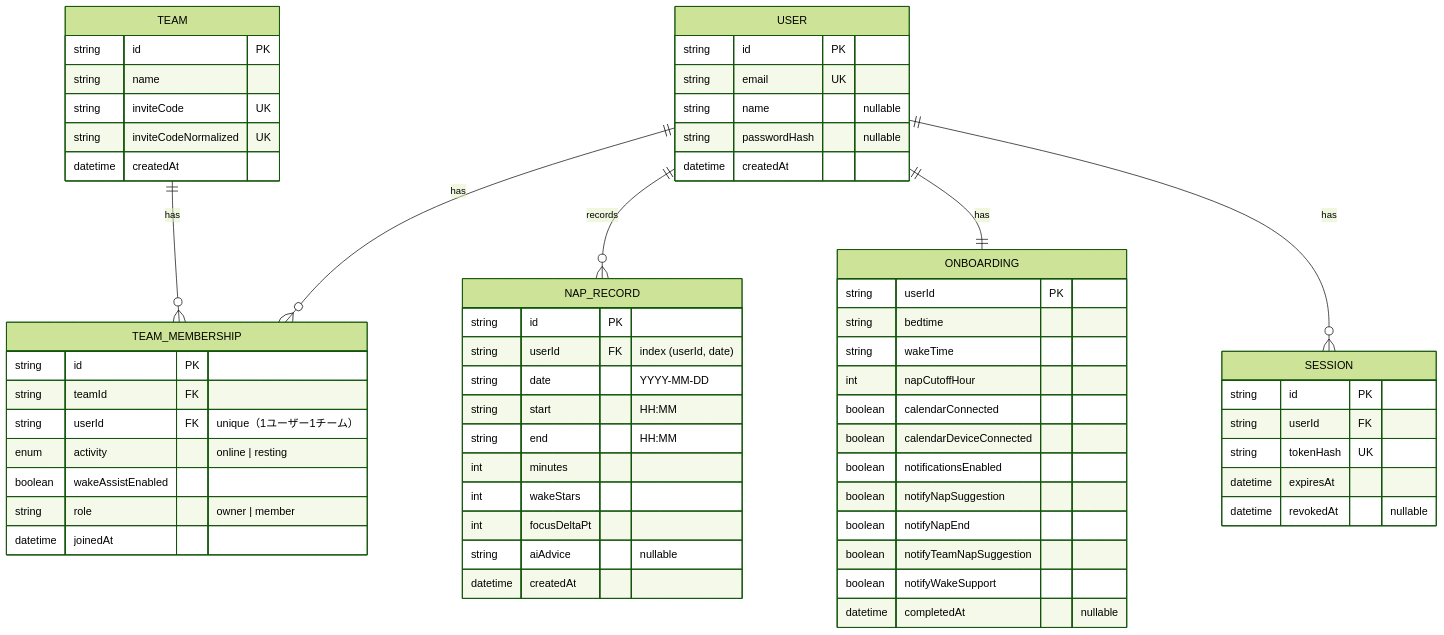
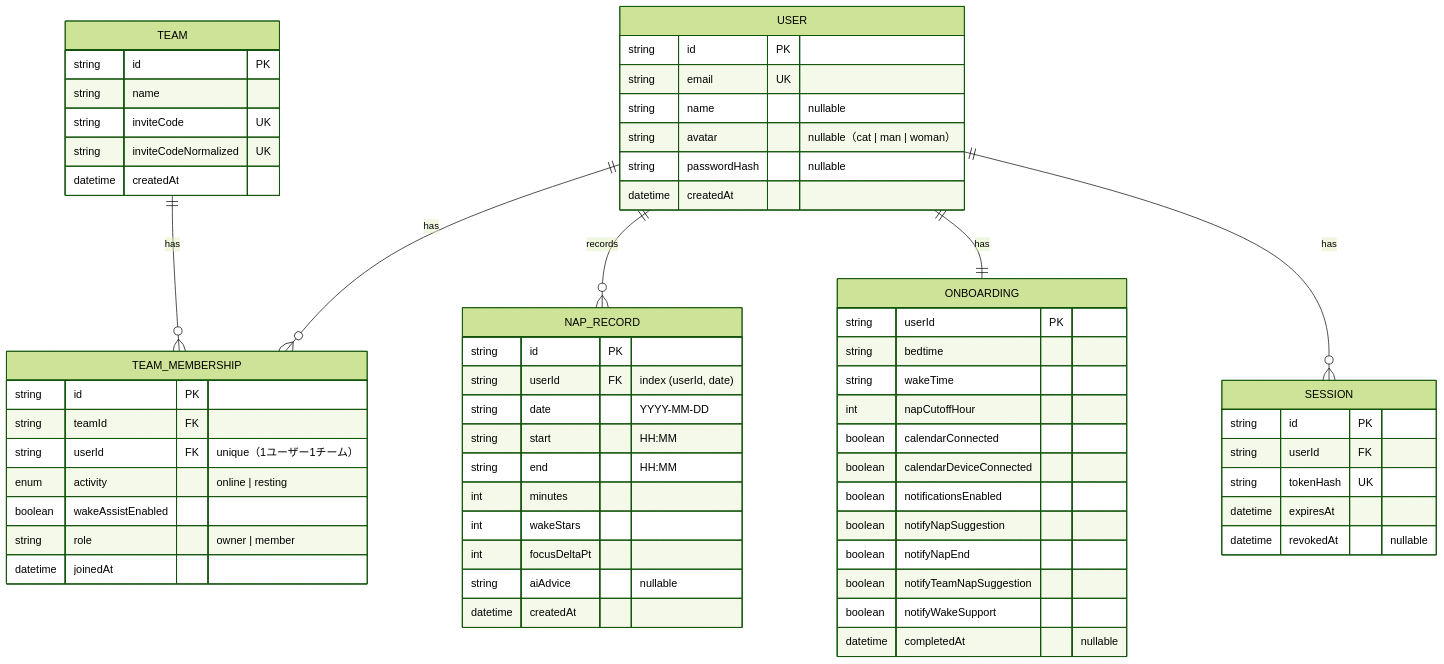
The first of 2 diagrams in docs/db.md (YAMI-SOTE/team-nap-app), drawn with Mermaid (forest theme) before and after one commit. The commit also changed other lines of this file and 2 other files, not shown here.

First line of the commit message:
docs: document the user avatar field and onboarding step

````diff
--- a/docs/db.md
+++ b/docs/db.md
@@ -110,71 +110,72 @@
 ```mermaid
 erDiagram
 
     USER ||--o{ TEAM_MEMBERSHIP : has
     TEAM ||--o{ TEAM_MEMBERSHIP : has
     USER ||--o{ NAP_RECORD : records
     USER ||--|| ONBOARDING : has
     USER ||--o{ SESSION : has
 
     USER {
         string id PK
         string email UK
         string name "nullable"
+        string avatar "nullable（cat | man | woman）"
         string passwordHash "nullable"
         datetime createdAt
     }
 
     TEAM {
         string id PK
         string name
         string inviteCode UK
         string inviteCodeNormalized UK
         datetime createdAt
     }
 
     TEAM_MEMBERSHIP {
         string id PK
         string teamId FK
         string userId FK "unique（1ユーザー1チーム）"
         enum   activity "online | resting"
         boolean wakeAssistEnabled
         string role "owner | member"
         datetime joinedAt
     }
 
     ONBOARDING {
         string userId PK
         string bedtime
         string wakeTime
         int napCutoffHour
         boolean calendarConnected
         boolean calendarDeviceConnected
         boolean notificationsEnabled
         boolean notifyNapSuggestion
         boolean notifyNapEnd
         boolean notifyTeamNapSuggestion
         boolean notifyWakeSupport
         datetime completedAt "nullable"
     }
 
     NAP_RECORD {
         string id PK
         string userId FK "index (userId, date)"
         string date "YYYY-MM-DD"
         string start "HH:MM"
         string end "HH:MM"
         int minutes
         int wakeStars
         int focusDeltaPt
         string aiAdvice "nullable"
         datetime createdAt
     }
 
     SESSION {
         string id PK
         string userId FK
         string tokenHash UK
         datetime expiresAt
         datetime revokedAt "nullable"
     }
 ```
````
